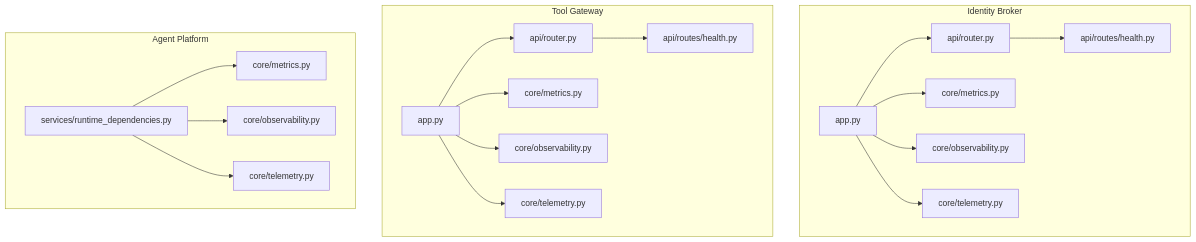
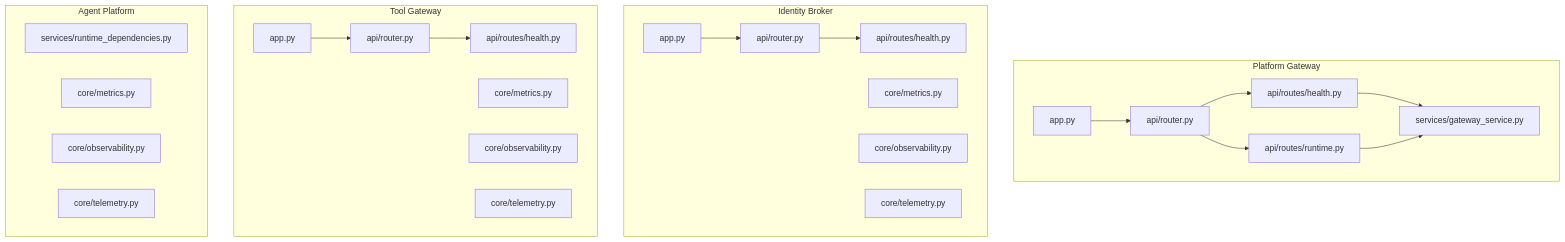
One commit to metasync/luban-aiops changed the first of 8 diagrams in .qoder/repowiki/en/content/API Reference/Agent Platform API/Health & Monitoring API.md. Above: the diagram before and after it, drawn with Mermaid. The commit also changed other lines of this file and 22 other files, not shown here.

````diff
--- a/.qoder/repowiki/en/content/API Reference/Agent Platform API/Health & Monitoring API.md
+++ b/.qoder/repowiki/en/content/API Reference/Agent Platform API/Health & Monitoring API.md
@@ -45,38 +61,41 @@
 ```mermaid
 graph TB
+subgraph "Platform Gateway"
+PG_App["app.py"]
+PG_Router["api/router.py"]
+PG_Health["api/routes/health.py"]
+PG_Runtime["api/routes/runtime.py"]
+PG_Service["services/gateway_service.py"]
+end
 subgraph "Identity Broker"
 IB_App["app.py"]
 IB_Router["api/router.py"]
 IB_Health["api/routes/health.py"]
 IB_Metrics["core/metrics.py"]
 IB_Obs["core/observability.py"]
 IB_Telemetry["core/telemetry.py"]
 end
 subgraph "Tool Gateway"
 TG_App["app.py"]
 TG_Router["api/router.py"]
 TG_Health["api/routes/health.py"]
 TG_Metrics["core/metrics.py"]
 TG_Obs["core/observability.py"]
 TG_Telemetry["core/telemetry.py"]
 end
 subgraph "Agent Platform"
 AP_Deps["services/runtime_dependencies.py"]
 AP_Metrics["core/metrics.py"]
 AP_Obs["core/observability.py"]
 AP_Telemetry["core/telemetry.py"]
 end
+PG_App --> PG_Router
+PG_Router --> PG_Health
+PG_Router --> PG_Runtime
+PG_Health --> PG_Service
+PG_Runtime --> PG_Service
 IB_App --> IB_Router
 IB_Router --> IB_Health
-IB_App --> IB_Metrics
-IB_App --> IB_Obs
-IB_App --> IB_Telemetry
 TG_App --> TG_Router
 TG_Router --> TG_Health
-TG_App --> TG_Metrics
-TG_App --> TG_Obs
-TG_App --> TG_Telemetry
-AP_Deps --> AP_Metrics
-AP_Deps --> AP_Obs
-AP_Deps --> AP_Telemetry
 ```
````
